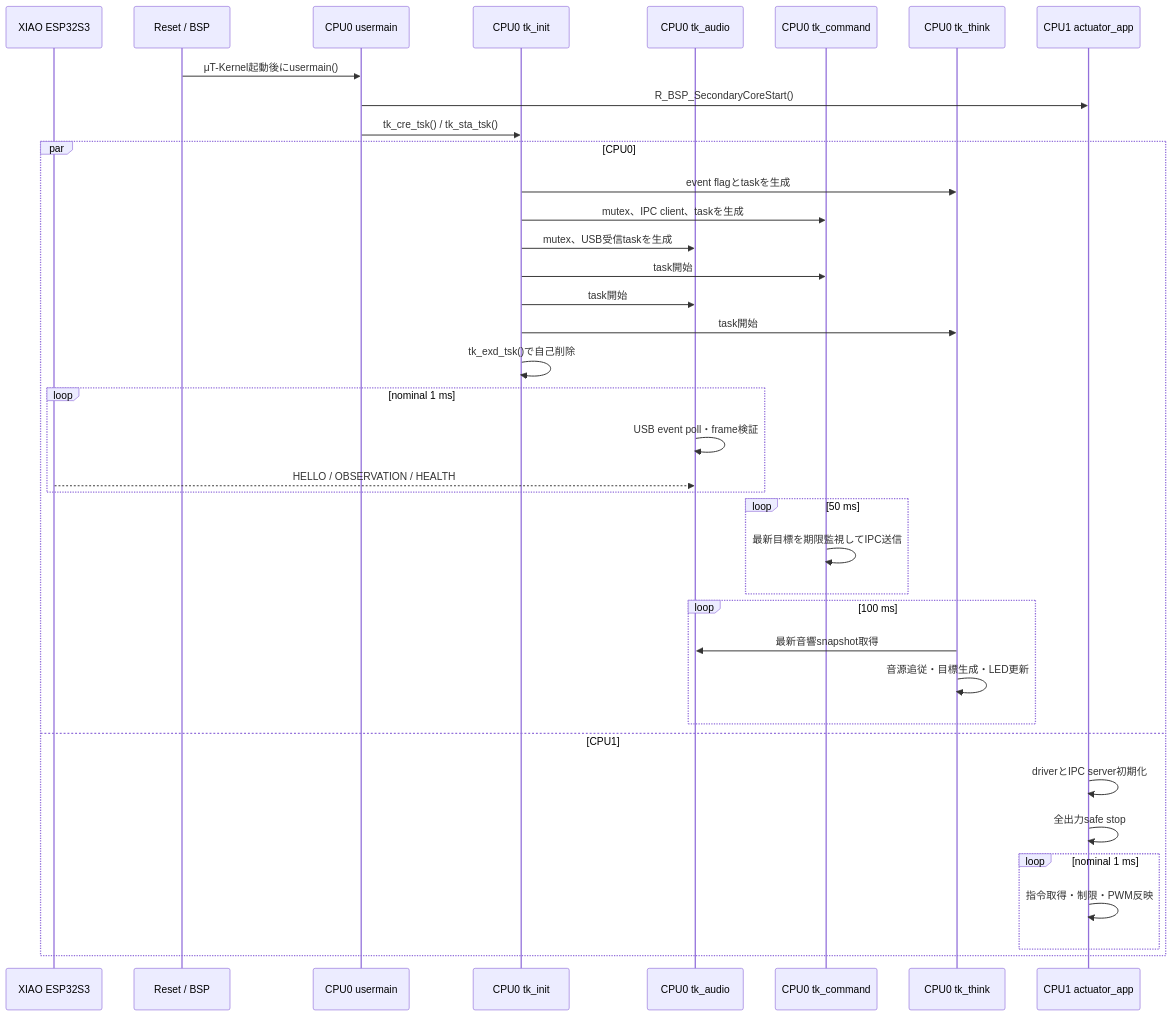
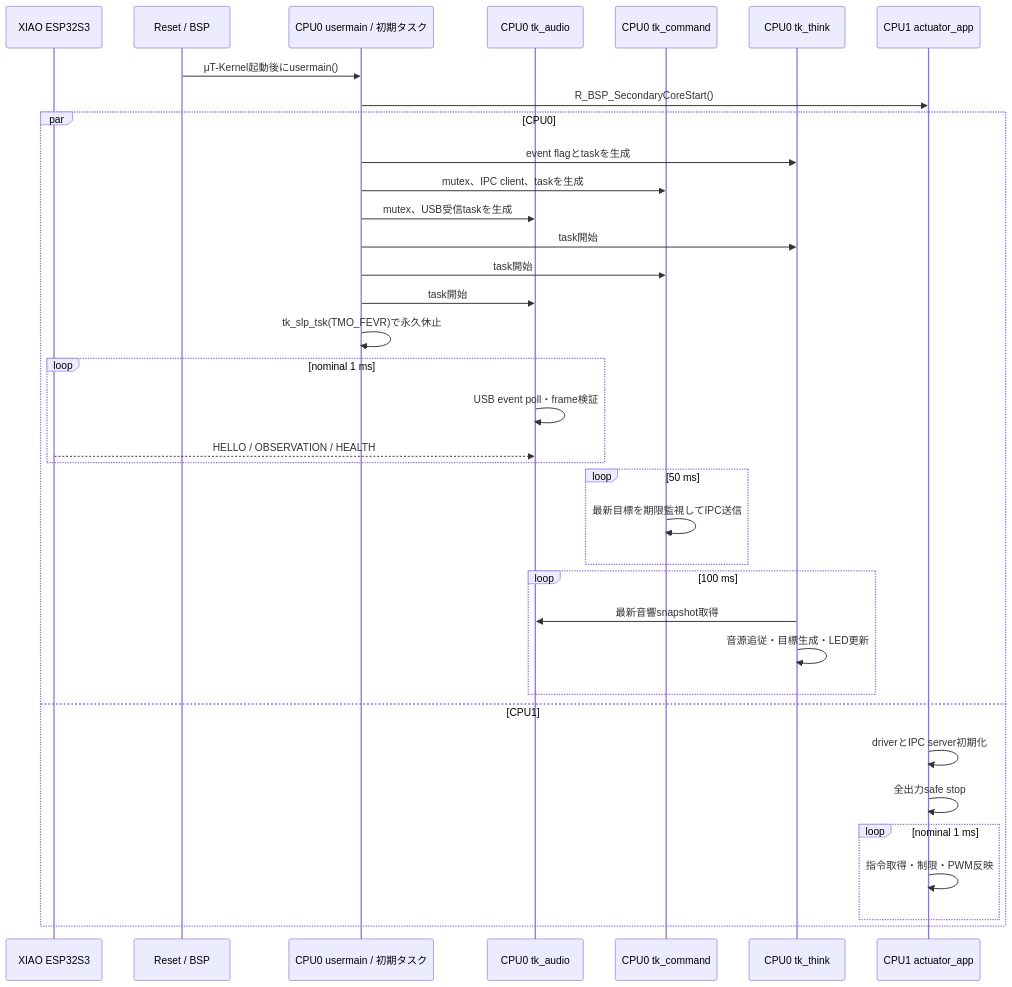
Before and after one commit to horned128/sound-exploration-rover: the second of 6 diagrams in docs/firmware/ARCHITECTURE.md, drawn with Mermaid. The commit also changed other lines of this file and 6 other files, not shown here.

````diff
--- a/docs/firmware/ARCHITECTURE.md
+++ b/docs/firmware/ARCHITECTURE.md
@@ -147,41 +147,39 @@
 ```mermaid
 sequenceDiagram
     participant ESP as XIAO ESP32S3
     participant RESET as Reset / BSP
-    participant MAIN as CPU0 usermain
-    participant INIT as CPU0 tk_init
+    participant MAIN as CPU0 usermain / 初期タスク
     participant AUDIO as CPU0 tk_audio
     participant CMD as CPU0 tk_command
     participant THINK as CPU0 tk_think
     participant C1 as CPU1 actuator_app
 
     RESET->>MAIN: μT-Kernel起動後にusermain()
     MAIN->>C1: R_BSP_SecondaryCoreStart()
-    MAIN->>INIT: tk_cre_tsk() / tk_sta_tsk()
     par CPU0
-        INIT->>THINK: event flagとtaskを生成
-        INIT->>CMD: mutex、IPC client、taskを生成
-        INIT->>AUDIO: mutex、USB受信taskを生成
-        INIT->>CMD: task開始
-        INIT->>AUDIO: task開始
-        INIT->>THINK: task開始
-        INIT->>INIT: tk_exd_tsk()で自己削除
+        MAIN->>THINK: event flagとtaskを生成
+        MAIN->>CMD: mutex、IPC client、taskを生成
+        MAIN->>AUDIO: mutex、USB受信taskを生成
+        MAIN->>THINK: task開始
+        MAIN->>CMD: task開始
+        MAIN->>AUDIO: task開始
+        MAIN->>MAIN: tk_slp_tsk(TMO_FEVR)で永久休止
         loop nominal 1 ms
             AUDIO->>AUDIO: USB event poll・frame検証
             ESP-->>AUDIO: HELLO / OBSERVATION / HEALTH
         end
         loop 50 ms
             CMD->>CMD: 最新目標を期限監視してIPC送信
         end
         loop 100 ms
             THINK->>AUDIO: 最新音響snapshot取得
             THINK->>THINK: 音源追従・目標生成・LED更新
         end
     and CPU1
         C1->>C1: driverとIPC server初期化
         C1->>C1: 全出力safe stop
         loop nominal 1 ms
             C1->>C1: 指令取得・制限・PWM反映
         end
     end
 ```
````
